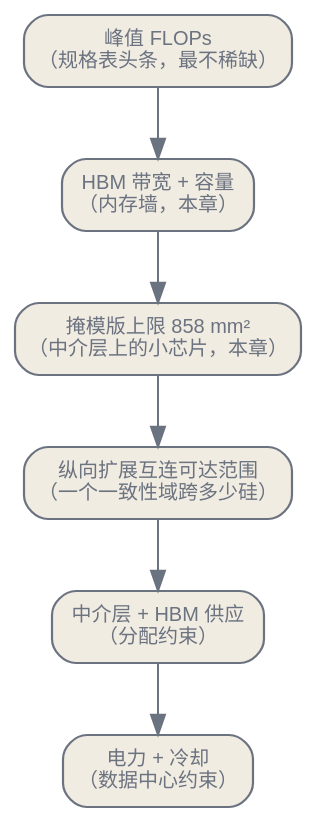
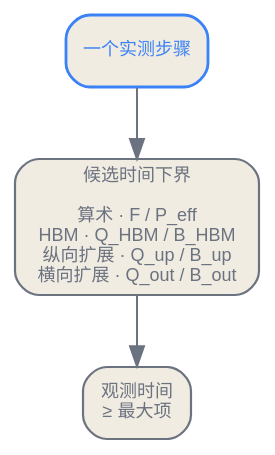
The first of 4 diagrams in zh/infrastructure/05-the-compute-frontier.qmd (latere-ai/ai-as-an-infrastructure), drawn with Graphviz before and after one commit. The commit also changed other lines of this file and 3 other files, not shown here.

Commit message:
docs: rewrite Chinese compute frontier chapter

````diff
--- a/zh/infrastructure/05-the-compute-frontier.qmd
+++ b/zh/infrastructure/05-the-compute-frontier.qmd
@@ -15,18 +49,17 @@
 ```{dot}
-//| label: fig-compute-frontier-walls
-//| fig-cap: "把前沿看作一组分层约束，每一道在不同层级生效。规格表头条的峰值 FLOPs 在最底层、最不稀缺；字节、封装面积、互连可达范围与兆瓦在它之上生效。本部分后面的每一章分别追踪其中一道约束。"
-digraph {
+//| label: fig-compute-frontier-bounds
+//| fig-cap: "一个步骤可能同时受到多项独立上限约束。主导项会随工作负载、放置方式与实测流量改变；额外开销与无法重叠的工作只会增加观测时间。"
+digraph bounds {
+  rankdir=TB;
   bgcolor="transparent";
-  rankdir=TB;
-  nodesep=0.4; ranksep=0.5;
-  node [shape=box, style="rounded,filled", fontname="Helvetica", fontsize=10, color="#6b7280", fontcolor="#6b7280", fillcolor="#f1ece1", penwidth=1.1];
-  edge [fontsize=10, fontname="Helvetica", color="#6b7280", fontcolor="#6b7280"];
-  flops [label="峰值 FLOPs\n（规格表头条，最不稀缺）"];
-  hbm [label="HBM 带宽 + 容量\n（内存墙，本章）"];
-  retic [label="掩模版上限 858 mm²\n（中介层上的小芯片，本章）"];
-  fabric [label="纵向扩展互连可达范围\n（一个一致性域跨多少硅）"];
-  supply [label="中介层 + HBM 供应\n（分配约束）"];
-  power [label="电力 + 冷却\n（数据中心约束）"];
-  flops -> hbm -> retic -> fabric -> supply -> power;
+  node [shape=box, style="rounded,filled", fontname="Helvetica", fontsize=9,
+        color="#6b7280", fontcolor="#6b7280", fillcolor="#f1ece1", penwidth=1.1];
+  edge [fontname="Helvetica", fontsize=9, color="#6b7280", fontcolor="#6b7280"];
+
+  work [label="一个实测步骤", color="#3b82f6", fontcolor="#3b82f6", penwidth=1.4];
+  terms [label="候选时间下界\n\n算术 · F / P_eff\nHBM · Q_HBM / B_HBM\n纵向扩展 · Q_up / B_up\n横向扩展 · Q_out / B_out"];
+  observed [label="观测时间\n≥ 最大项"];
+
+  work -> terms -> observed;
 }
 ```
````
